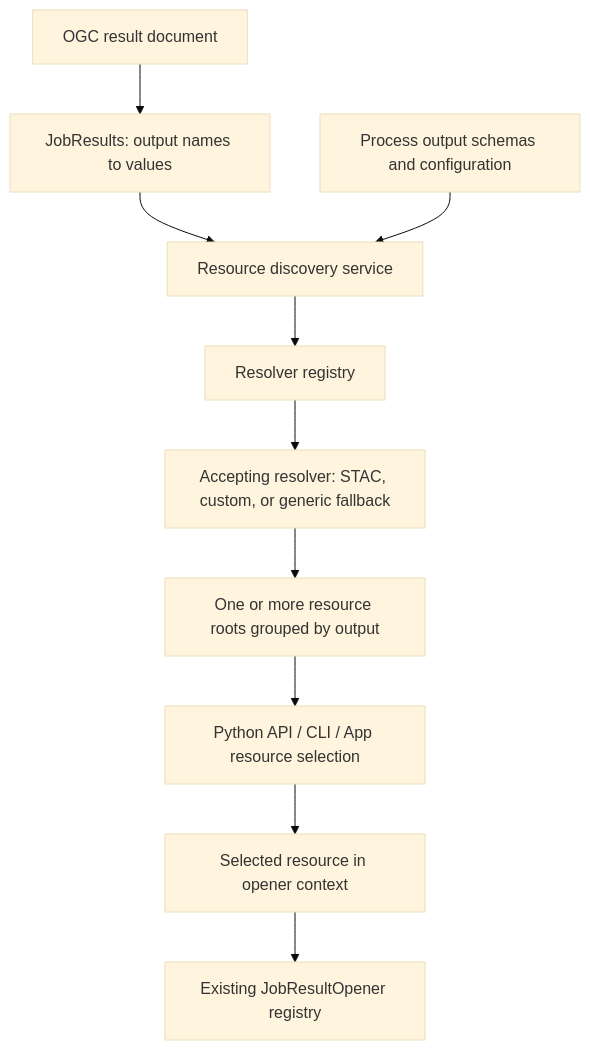
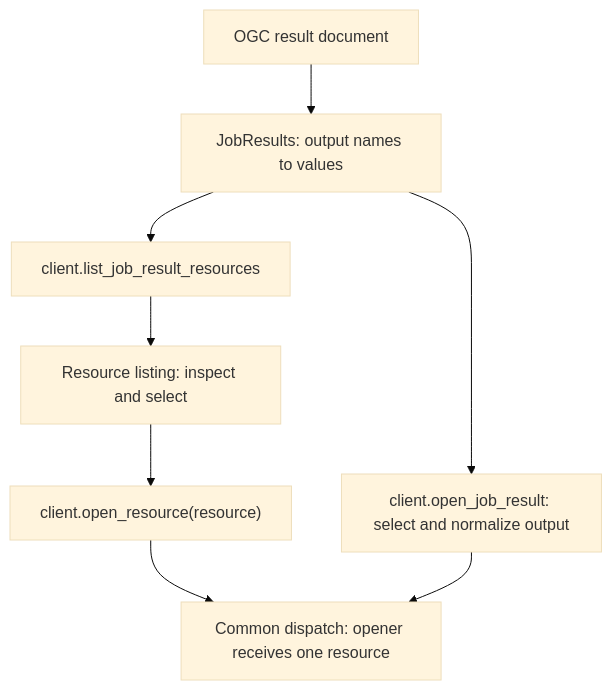
Before and after one commit to eo-tools/eozilla: the diagram in docs/cuiman/job-result-resources.md, drawn with Mermaid (base theme). The commit also changed other lines of this file, not shown here.

Commit message:
Focussing on client.list_job_result_resources()

````diff
--- a/docs/cuiman/job-result-resources.md
+++ b/docs/cuiman/job-result-resources.md
@@ -258,12 +277,10 @@
 ```mermaid
 flowchart TD
     A["OGC result document"] --> B["JobResults: output names to values"]
-    B --> C["Resource discovery service"]
-    D["Process output schemas and configuration"] --> C
-    C --> E["Resolver registry"]
-    E --> F["Accepting resolver: STAC, custom, or generic fallback"]
-    F --> G["One or more resource roots grouped by output"]
-    G --> H["Python API / CLI / App resource selection"]
-    H --> I["Selected resource in opener context"]
-    I --> J["Existing JobResultOpener registry"]
+    B --> C["client.list_job_result_resources"]
+    C --> D["Resource listing: inspect and select"]
+    D --> E["client.open_resource(resource)"]
+    B --> F["client.open_job_result: select and normalize output"]
+    E --> G["Common dispatch: opener receives one resource"]
+    F --> G
 ```
````
